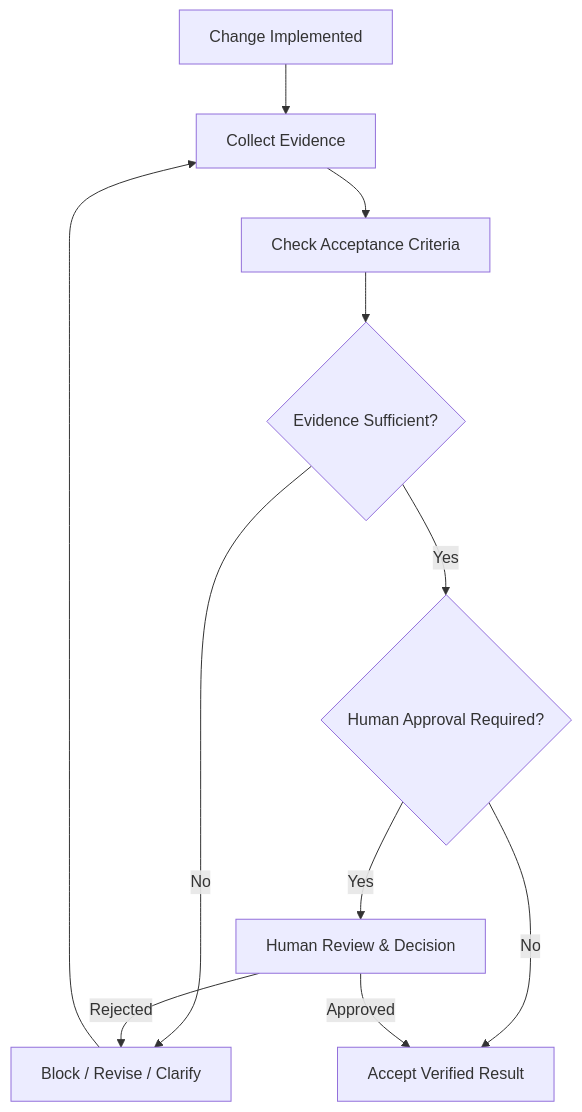
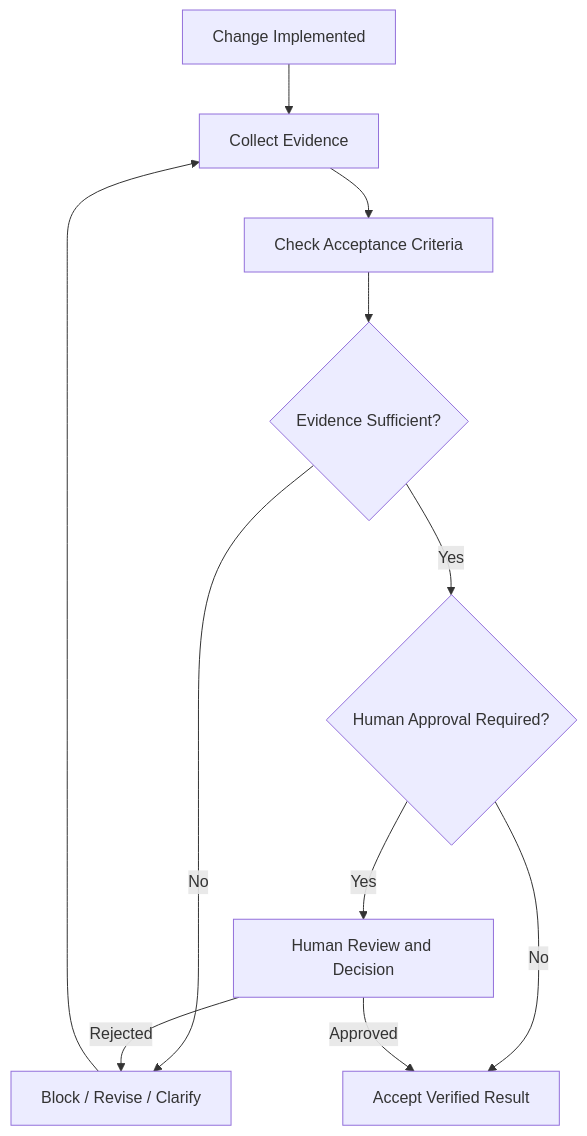
One commit to donghp/beyond-vibe-coding changed the fourth of 5 diagrams in docs/architecture.md. Above: the diagram before and after it, drawn with Mermaid. The commit also changed other lines of this file, not shown here.

First line of the commit message:
Revise architecture document for clarity and updates

````diff
--- a/docs/architecture.md
+++ b/docs/architecture.md
@@ -166,13 +244,13 @@
 ```mermaid
 flowchart TD
     A["Change Implemented"] --> B["Collect Evidence"]
     B --> C["Check Acceptance Criteria"]
     C --> D{"Evidence Sufficient?"}
     D -->|"No"| E["Block / Revise / Clarify"]
     E --> B
     D -->|"Yes"| F{"Human Approval Required?"}
-    F -->|"Yes"| G["Human Review & Decision"]
+    F -->|"Yes"| G["Human Review and Decision"]
     F -->|"No"| H["Accept Verified Result"]
     G -->|"Approved"| H
     G -->|"Rejected"| E
 ```
````
